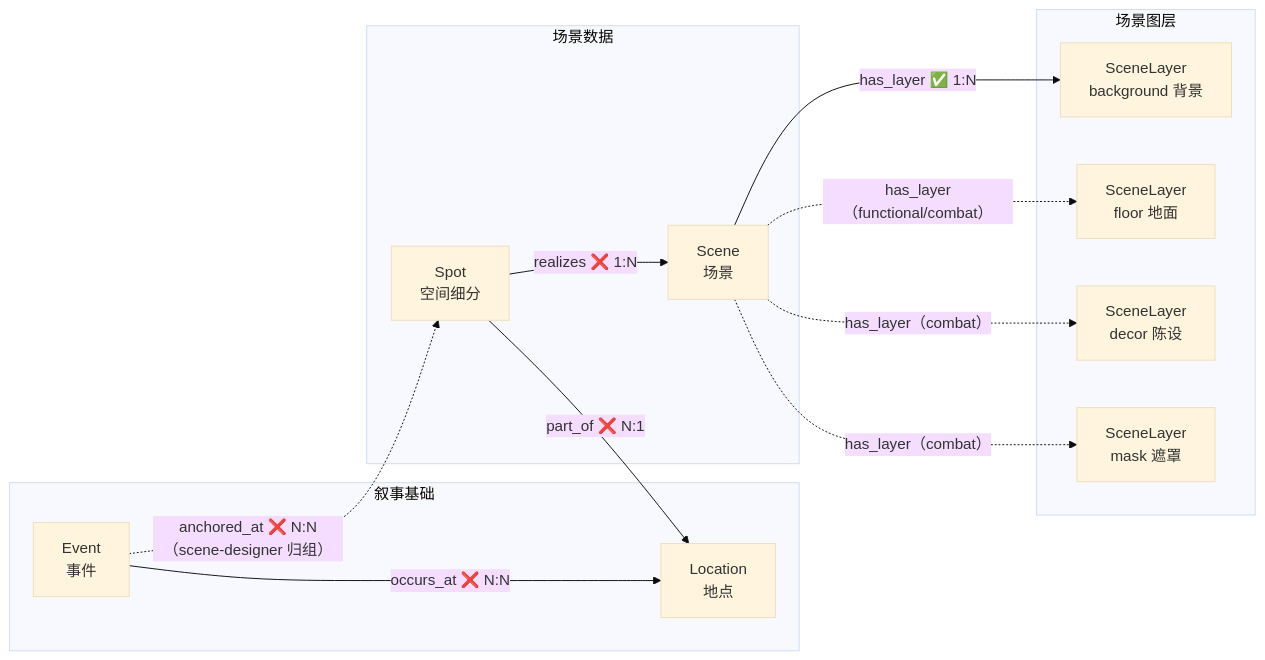
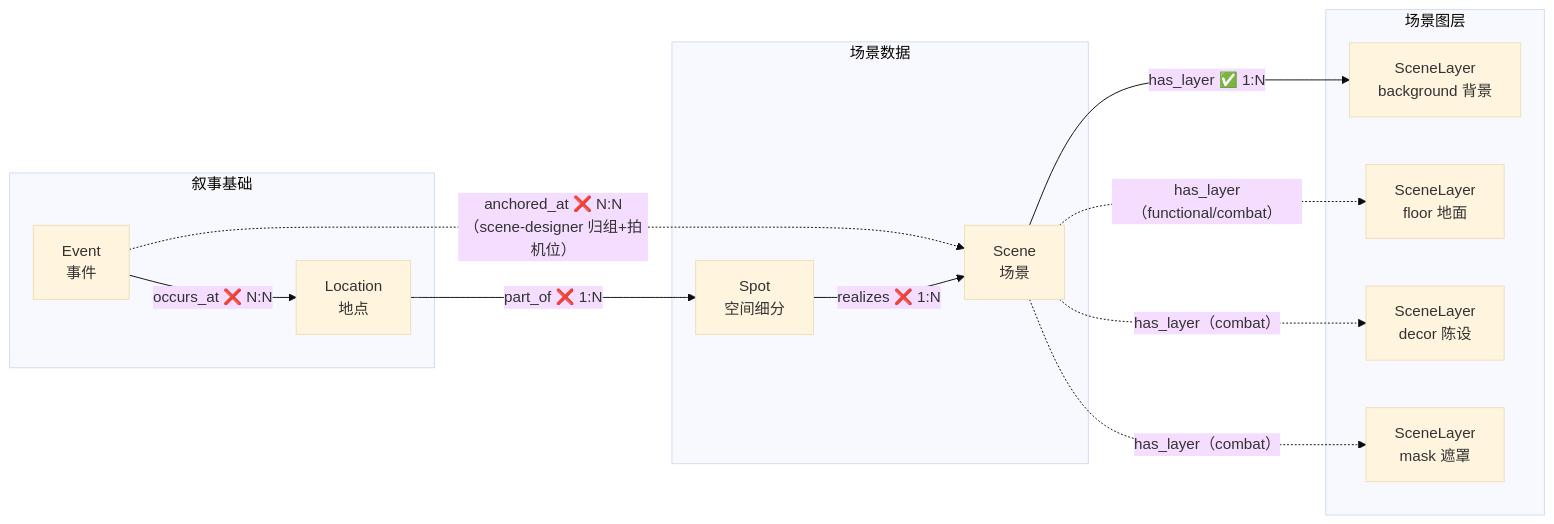
One commit to CrazyJinn/ProxyLove changed the diagram in 00_init/Schema/场景美术.md. Above: the diagram before and after it, drawn with Mermaid (base theme). The commit also changed other lines of this file and 26 other files, not shown here.

First line of the commit message:
Event 驱动化改造：图模型重构与全消费方切换

````diff
--- a/00_init/Schema/场景美术.md
+++ b/00_init/Schema/场景美术.md
@@ -138,28 +144,28 @@
 ```mermaid
 flowchart LR
     subgraph 叙事["叙事基础"]
         Event["Event<br/>事件"]
         Location["Location<br/>地点"]
     end
 
     subgraph 场景数据["场景数据"]
         Spot["Spot<br/>空间细分"]
         Scene["Scene<br/>场景"]
     end
 
     subgraph 场景生产["场景图层"]
         Bg["SceneLayer<br/>background 背景"]
         Floor["SceneLayer<br/>floor 地面"]
         Decor["SceneLayer<br/>decor 陈设"]
         Mask["SceneLayer<br/>mask 遮罩"]
     end
 
     Event -->|"occurs_at ❌ N:N"| Location
-    Event -.->|"anchored_at ❌ N:N（scene-designer 归组）"| Spot
-    Spot -->|"part_of ❌ N:1"| Location
+    Event -.->|"anchored_at ❌ N:N（scene-designer 归组+拍机位）"| Scene
+    Location -->|"part_of ❌ 1:N"| Spot
     Spot -->|"realizes ❌ 1:N"| Scene
     Scene -->|"has_layer ✅ 1:N"| Bg
     Scene -.->|"has_layer（functional/combat）"| Floor
     Scene -.->|"has_layer（combat）"| Decor
     Scene -.->|"has_layer（combat）"| Mask
 ```
````
